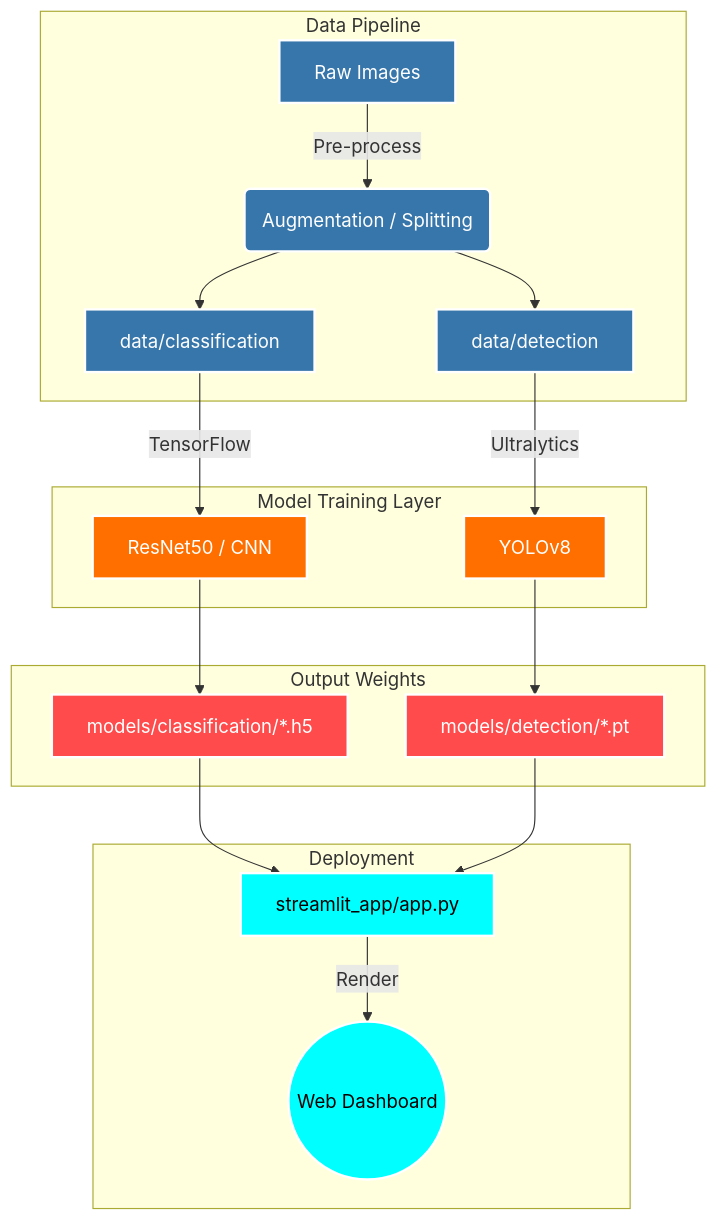
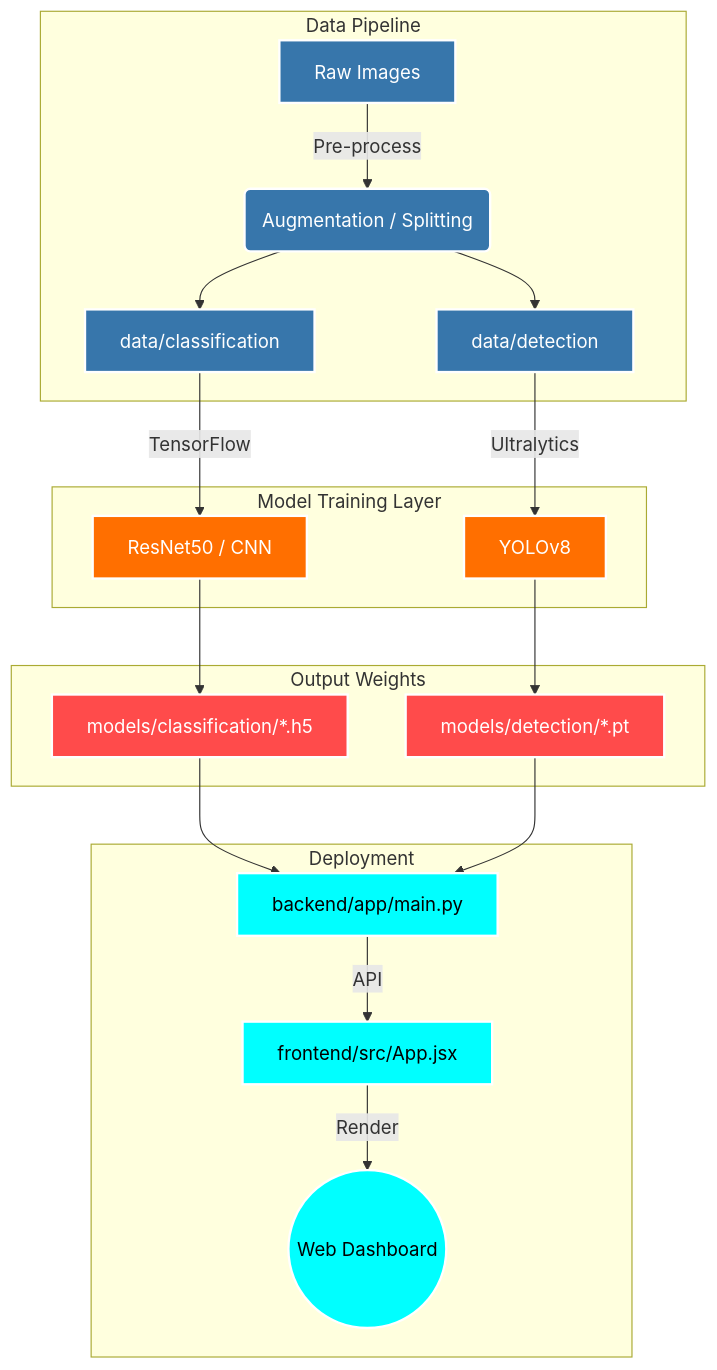
The diagram in README.md (HarshChoudhary2003/Aerial-Object-Classification), drawn with Mermaid before and after one commit. The commit also changed other lines of this file and 17 other files, not shown here.

````diff
--- a/README.md
+++ b/README.md
@@ -120,34 +120,35 @@
 ```mermaid
 graph TD
     subgraph Data Pipeline
         A[Raw Images] -->|Pre-process| B(Augmentation / Splitting)
         B --> C[data/classification]
         B --> D[data/detection]
     end
     
     subgraph Model Training Layer
         C -->|TensorFlow| E[ResNet50 / CNN]
         D -->|Ultralytics| F[YOLOv8]
     end
     
     subgraph Output Weights
         E --> G[models/classification/*.h5]
         F --> H[models/detection/*.pt]
     end
     
     subgraph Deployment
-        G --> I[streamlit_app/app.py]
+        G --> I[backend/app/main.py]
         H --> I
-        I -->|Render| J((Web Dashboard))
+        I -->|API| J[frontend/src/App.jsx]
+        J -->|Render| K((Web Dashboard))
     end
 
     classDef dataLayer fill:#3776AB,stroke:#fff,stroke-width:2px,color:#fff;
     classDef modelLayer fill:#FF6F00,stroke:#fff,stroke-width:2px,color:#fff;
     classDef outputLayer fill:#FF4B4B,stroke:#fff,stroke-width:2px,color:#fff;
     classDef deployLayer fill:#00FFFF,stroke:#fff,stroke-width:2px,color:#000;
     
     class A,B,C,D dataLayer;
     class E,F modelLayer;
     class G,H outputLayer;
-    class I,J deployLayer;
+    class I,J,K deployLayer;
 ```
````
